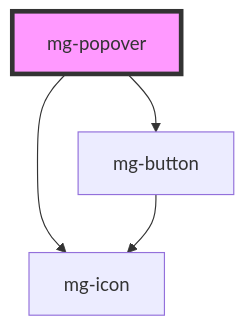
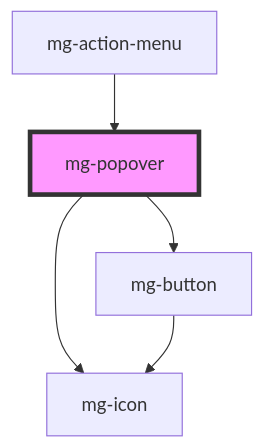
One commit to MGDIS/mg-components changed the diagram in src/components/molecules/mg-popover/readme.md. Above: the diagram before and after it, drawn with Mermaid. The commit also changed other lines of this file and 37 other files, not shown here.

First line of the commit message:
feat(mgActionMenu): manage buttons

````diff
--- a/src/components/molecules/mg-popover/readme.md
+++ b/src/components/molecules/mg-popover/readme.md
@@ -91,7 +97,8 @@
 ```mermaid
 graph TD;
   mg-popover --> mg-button
   mg-popover --> mg-icon
   mg-button --> mg-icon
+  mg-action-menu --> mg-popover
   style mg-popover fill:#f9f,stroke:#333,stroke-width:4px
 ```
````
